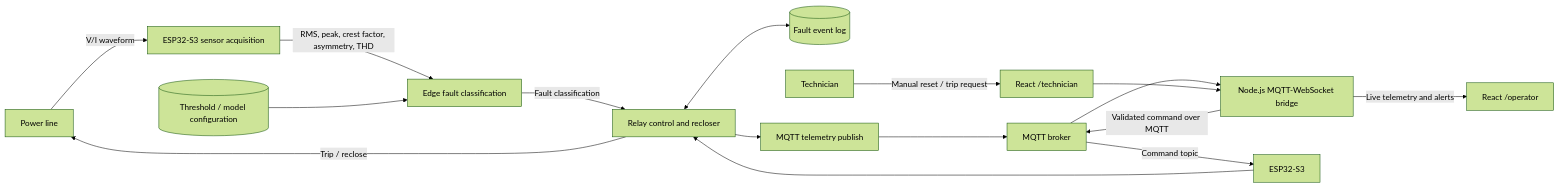
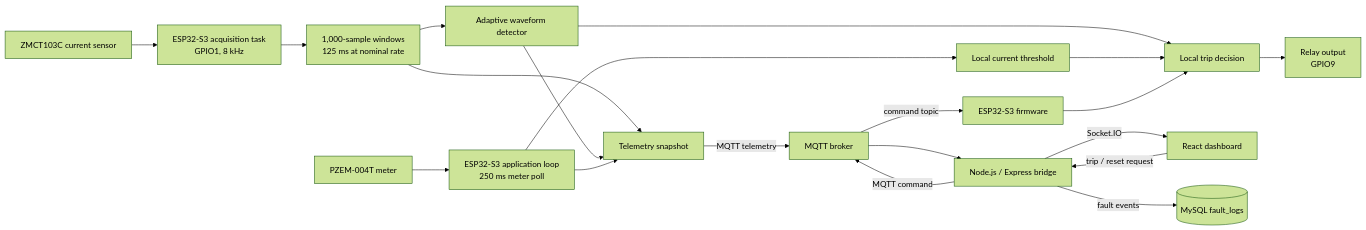
One commit to techie-hrushik027/SafeNetQ changed the diagram in README.md. Above: the diagram before and after it, drawn with Mermaid (forest theme). The commit also changed other lines of this file and 1 other file, not shown here.

````diff
--- a/README.md
+++ b/README.md
@@ -76,18 +32,22 @@
 ```mermaid
 flowchart LR
-    PL[Power line] -->|V/I waveform| SA[ESP32-S3 sensor acquisition]
-    SA -->|RMS, peak, crest factor, asymmetry, THD| FC[Edge fault classification]
-    TS[(Threshold / model configuration)] --> FC
-    FC -->|Fault classification| RC[Relay control and recloser]
-    RC -->|Trip / reclose| PL
-    RC <--> EL[(Fault event log)]
-    RC --> TP[MQTT telemetry publish]
-    TP --> MB[MQTT broker]
-    MB --> BR[Node.js MQTT-WebSocket bridge]
-    BR -->|Live telemetry and alerts| OP[React /operator]
-    TECH[Technician] -->|Manual reset / trip request| OP2[React /technician]
-    OP2 --> BR
-    BR -->|Validated command over MQTT| MB
-    MB -->|Command topic| ESP[ESP32-S3]
-    ESP --> RC
+    CT[ZMCT103C current sensor] --> ADC[ESP32-S3 acquisition task\nGPIO1, 8 kHz]
+    PZEM[PZEM-004T meter] --> LOOP[ESP32-S3 application loop\n250 ms meter poll]
+    ADC --> WIN[1,000-sample windows\n125 ms at nominal rate]
+    WIN --> DET[Adaptive waveform detector]
+    LOOP --> OC[Local current threshold]
+    DET --> DEC[Local trip decision]
+    OC --> DEC
+    DEC --> RELAY[Relay output\nGPIO9]
+    WIN --> TELE[Telemetry snapshot]
+    DET --> TELE
+    LOOP --> TELE
+    TELE -->|MQTT telemetry| BROKER[MQTT broker]
+    BROKER --> BRIDGE[Node.js / Express bridge]
+    BRIDGE -->|Socket.IO| WEB[React dashboard]
+    BRIDGE -->|fault events| DB[(MySQL fault_logs)]
+    WEB -->|trip / reset request| BRIDGE
+    BRIDGE -->|MQTT command| BROKER
+    BROKER -->|command topic| ESP[ESP32-S3 firmware]
+    ESP --> DEC
 ```
````
